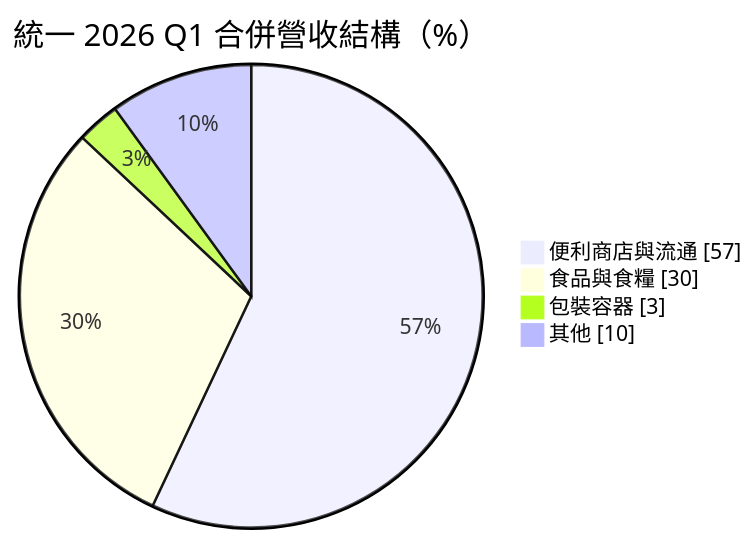
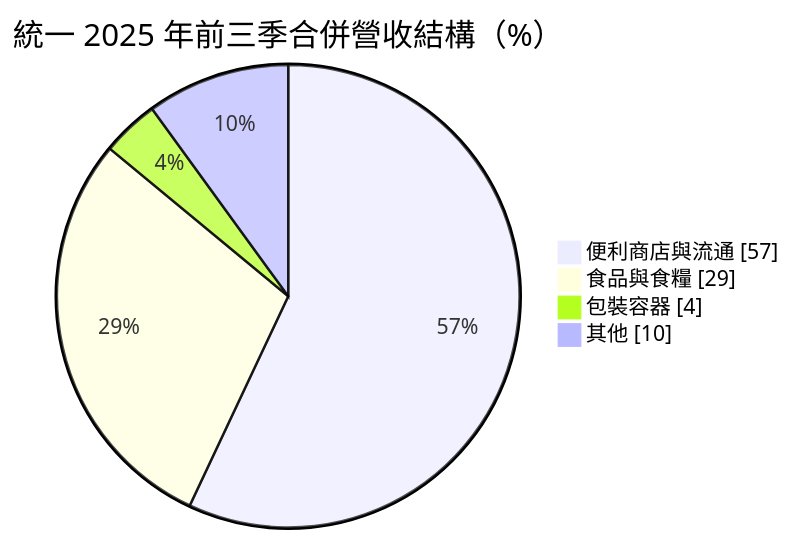
Before and after one commit to wangnick1004/taiwan-stock-vault: the first of 4 diagrams in 個股/台股/1216統一.md, drawn with Mermaid. The commit also changed other lines of this file and 27 other files, not shown here.

````diff
--- a/個股/台股/1216統一.md
+++ b/個股/台股/1216統一.md
@@ -56,8 +56,8 @@
 ```mermaid
 pie showData
-    title 統一 2026 Q1 合併營收結構（%）
+    title 統一 2025 年前三季合併營收結構（%）
     "便利商店與流通" : 57
-    "食品與食糧" : 30
-    "包裝容器" : 3
+    "食品與食糧" : 29
+    "包裝容器" : 4
     "其他" : 10
 ```
````
